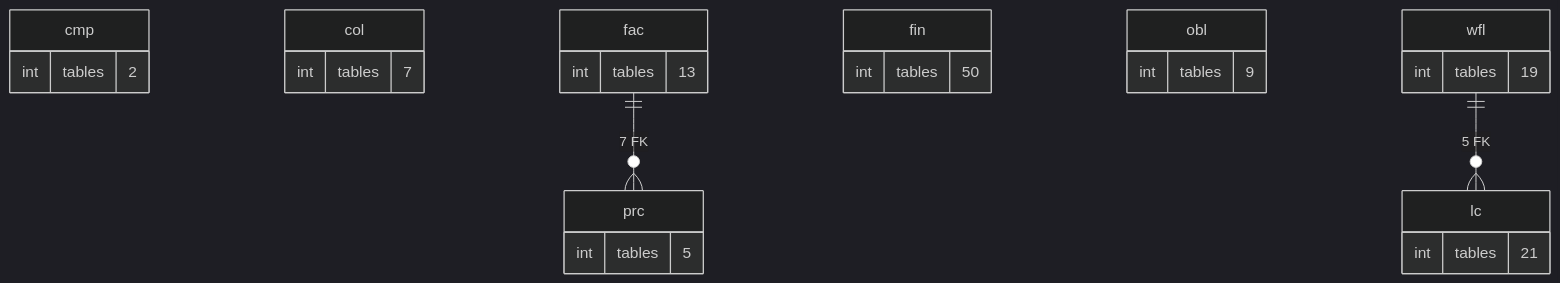
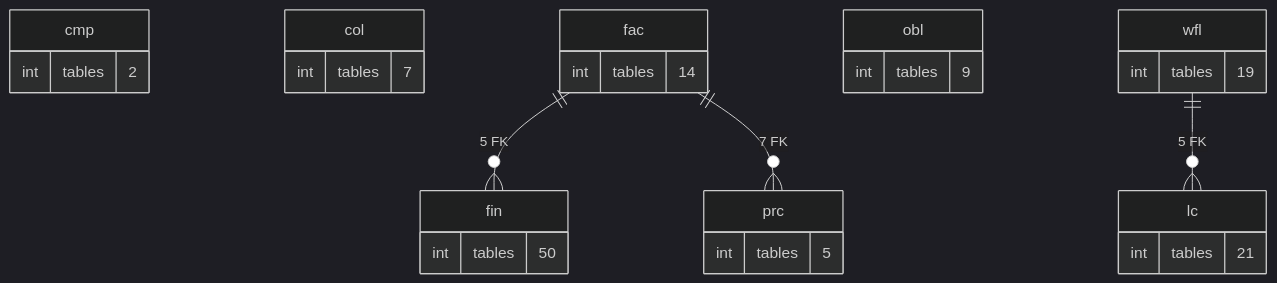
The diagram in treasury-platform/docs/diagrams/erd/schema_map_2.mmd (thawrasy/smartlines), drawn with Mermaid (dark theme) before and after one commit. The commit also changed 136 other files, not shown here.

```diff
--- a/treasury-platform/docs/diagrams/erd/schema_map_2.mmd
+++ b/treasury-platform/docs/diagrams/erd/schema_map_2.mmd
@@ -1,28 +1,29 @@
 %% التسهيلات والعمليات: التسعير والضمانات والالتزامات والبيانات المالية والطلبات والاعتمادات: العلاقة = عدد المفاتيح الأجنبية بين المخططين (≥ 5)
 erDiagram
   cmp {
     int tables "2"
   }
   col {
     int tables "7"
   }
   fac {
-    int tables "13"
+    int tables "14"
   }
   fin {
     int tables "50"
   }
   lc {
     int tables "21"
   }
   obl {
     int tables "9"
   }
   prc {
     int tables "5"
   }
   wfl {
     int tables "19"
   }
+  fac ||--o{ fin : "5 FK"
   fac ||--o{ prc : "7 FK"
   wfl ||--o{ lc : "5 FK"
```
